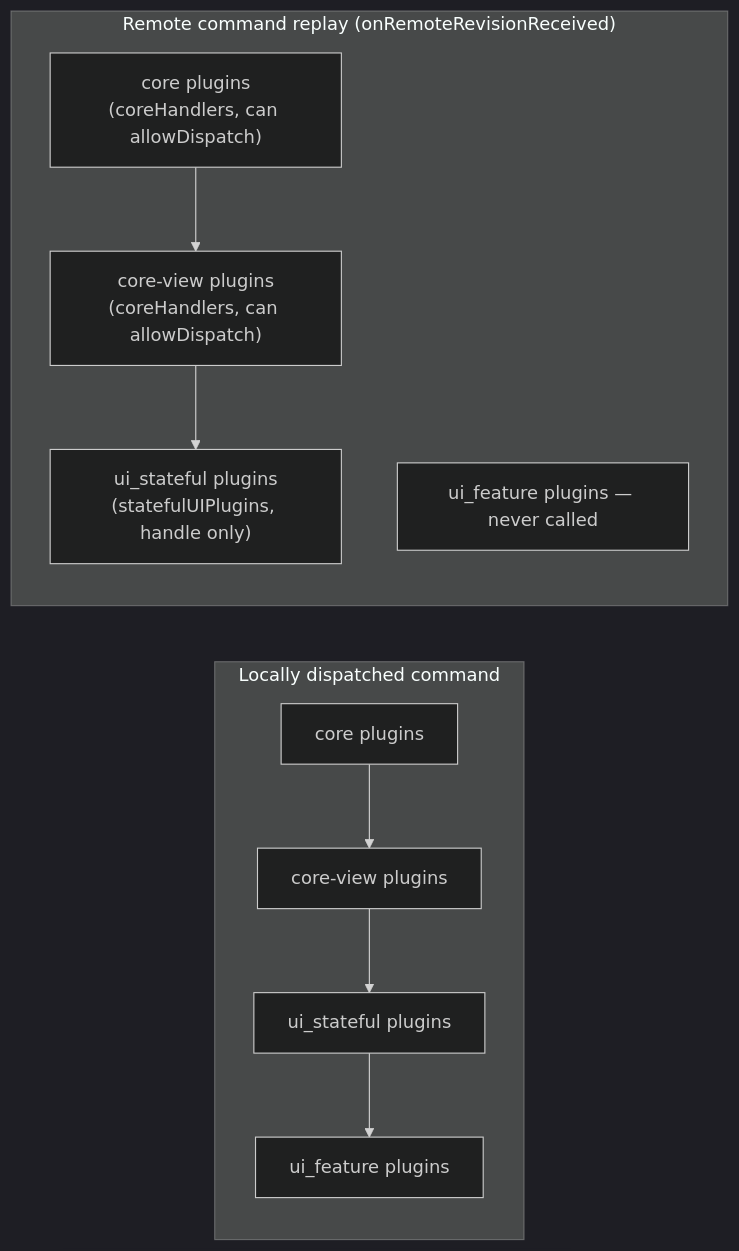
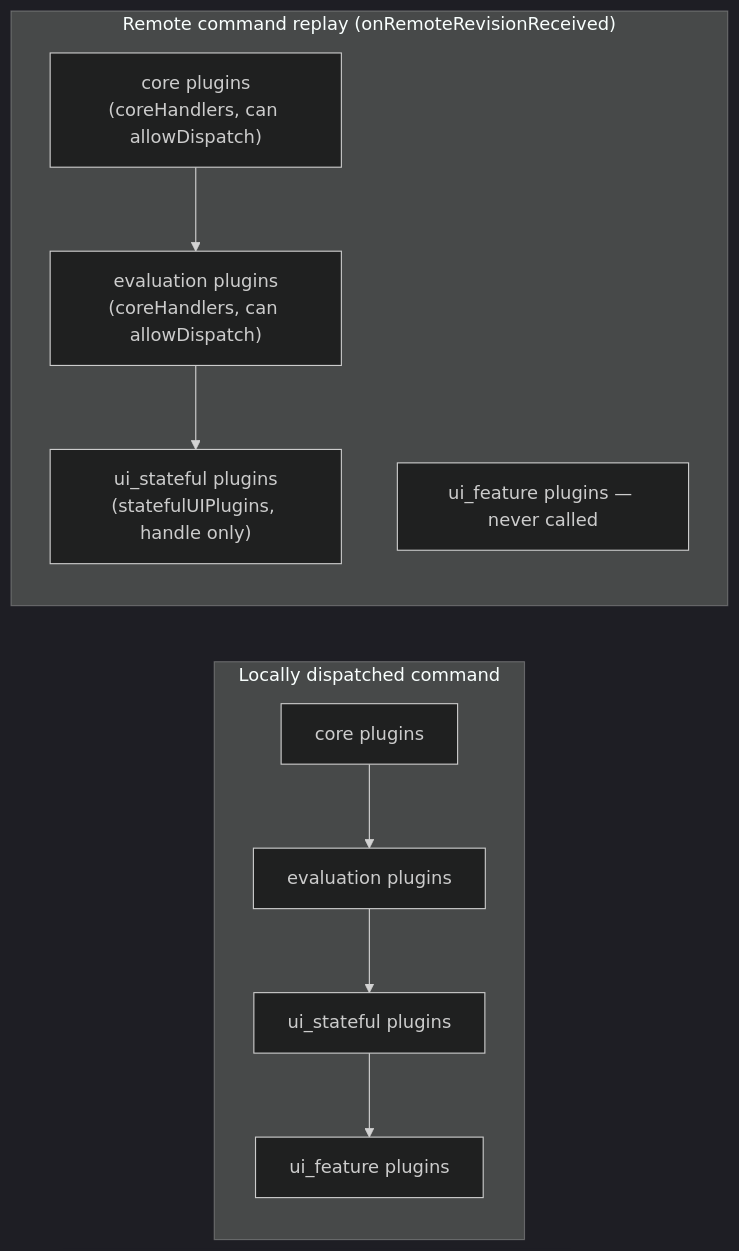
The second of 3 diagrams in doc/extending/where_to_put_code.md (odoo/o-spreadsheet), drawn with Mermaid (dark theme) before and after one commit. The commit also changed other lines of this file and 36 other files, not shown here.

First line of the commit message:
[REF] plugins: rename core view plugins to evaluation plugins

````diff
--- a/doc/extending/where_to_put_code.md
+++ b/doc/extending/where_to_put_code.md
@@ -75,10 +75,10 @@
 ```mermaid
 flowchart LR
     subgraph Local["Locally dispatched command"]
-        L1["core plugins"] --> L2["core-view plugins"] --> L3["ui_stateful plugins"] --> L4["ui_feature plugins"]
+        L1["core plugins"] --> L2["evaluation plugins"] --> L3["ui_stateful plugins"] --> L4["ui_feature plugins"]
     end
     subgraph Remote["Remote command replay (onRemoteRevisionReceived)"]
-        R1["core plugins<br/>(coreHandlers, can allowDispatch)"] --> R2["core-view plugins<br/>(coreHandlers, can allowDispatch)"] --> R3["ui_stateful plugins<br/>(statefulUIPlugins, handle only)"]
+        R1["core plugins<br/>(coreHandlers, can allowDispatch)"] --> R2["evaluation plugins<br/>(coreHandlers, can allowDispatch)"] --> R3["ui_stateful plugins<br/>(statefulUIPlugins, handle only)"]
         R4["ui_feature plugins — never called"]
     end
 ```
````
